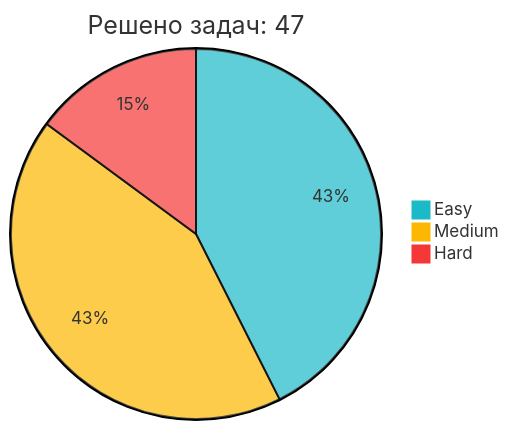
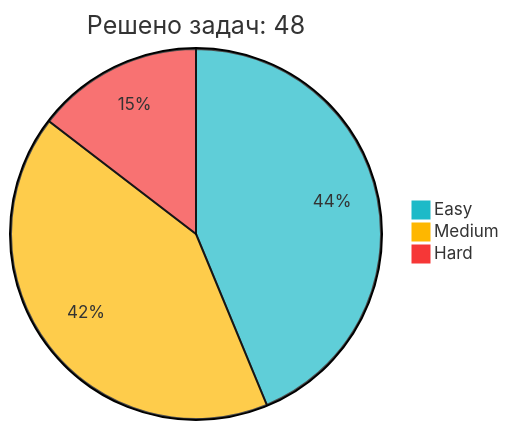
The diagram in README.md (IliaKurdukov/IliaKurdukov), drawn with Mermaid before and after one commit. The commit also changed other lines of this file, not shown here.

Commit message:
📈 Обновление статистики LeetCode

````diff
--- a/README.md
+++ b/README.md
@@ -51,7 +51,7 @@
 ```mermaid
 %%{init: {'theme': 'base', 'themeVariables': { 'pie1': '#1CBAC8', 'pie2': '#FEB700', 'pie3': '#F63737' }, 'config': {'width': 300, 'height': 200}}}%%
-pie title Решено задач: 47
-   "Easy" : 20
+pie title Решено задач: 48
+   "Easy" : 21
    "Medium" : 20
    "Hard" : 7
 ```
````
